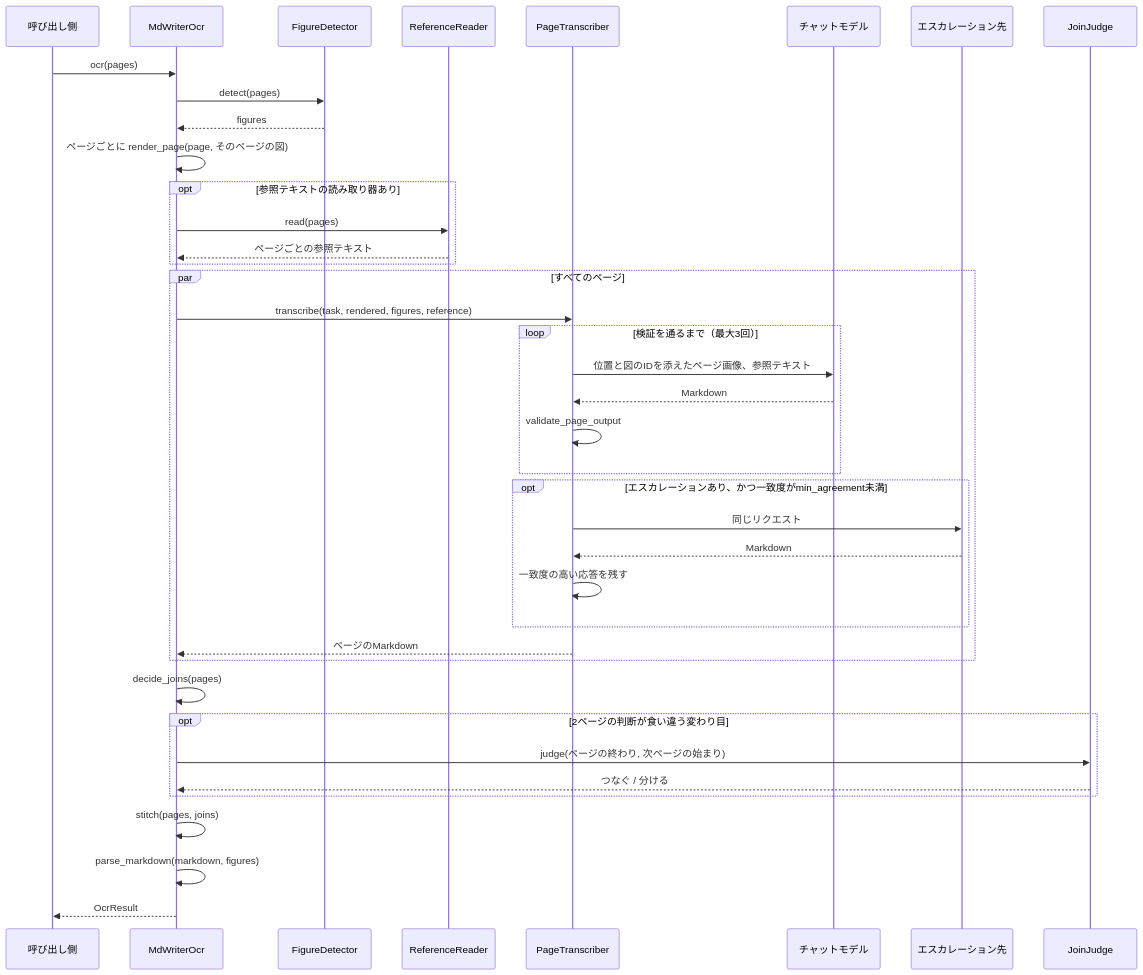
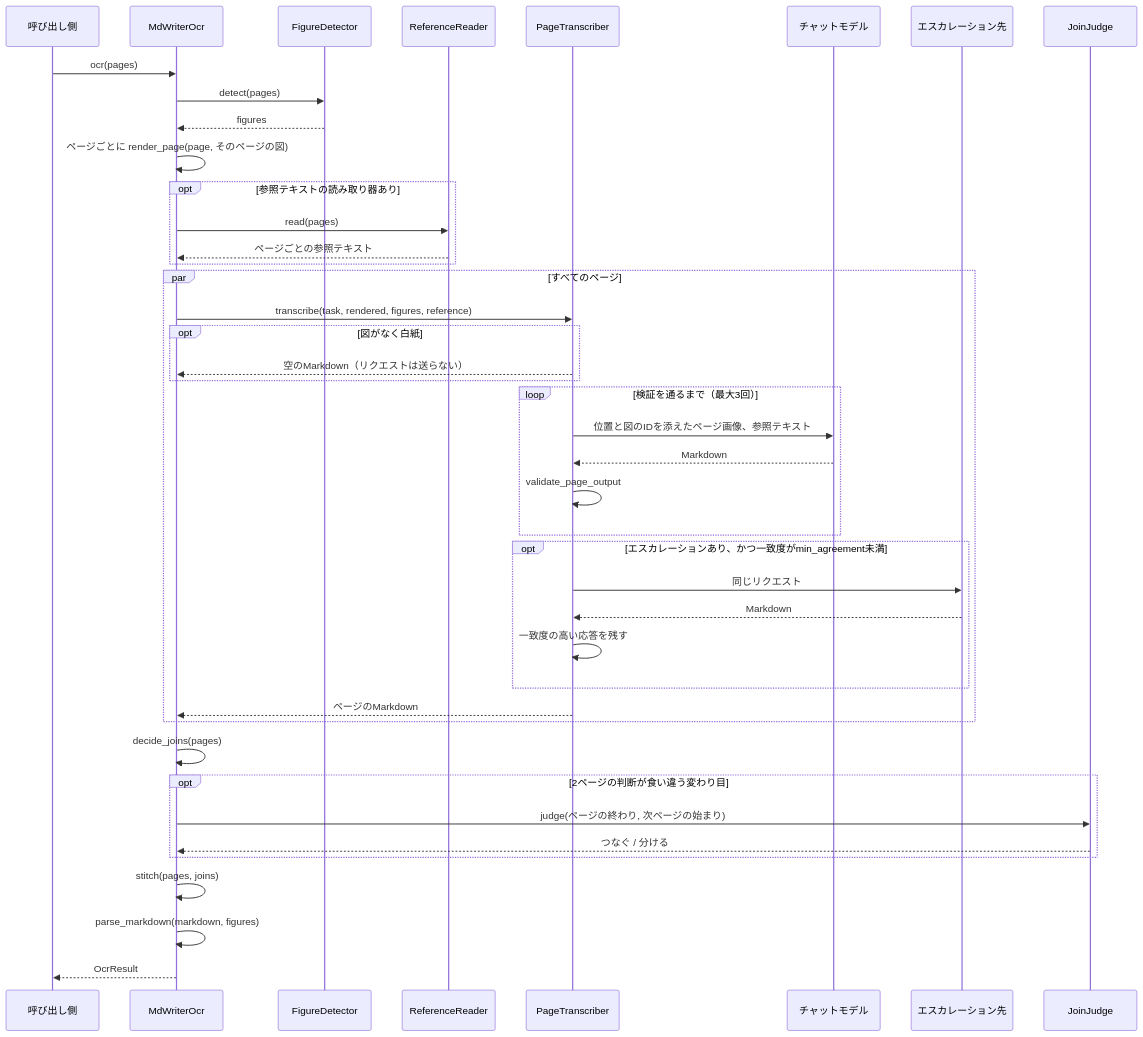
The third of 3 diagrams in Uploader/OcrModule/MdWriter/Docs/MdWriterOcr.ja.md (konbraphat51/SuperSuat), drawn with Mermaid before and after one commit. The commit also changed other lines of this file and 3 other files, not shown here.

````diff
--- a/Uploader/OcrModule/MdWriter/Docs/MdWriterOcr.ja.md
+++ b/Uploader/OcrModule/MdWriter/Docs/MdWriterOcr.ja.md
@@ -203,41 +224,44 @@
 ```mermaid
 sequenceDiagram
     participant Caller as 呼び出し側
     participant L as MdWriterOcr
     participant D as FigureDetector
     participant X as ReferenceReader
     participant T as PageTranscriber
     participant M as チャットモデル
     participant E as エスカレーション先
     participant J as JoinJudge
     Caller->>L: ocr(pages)
     L->>D: detect(pages)
     D-->>L: figures
     L->>L: ページごとに render_page(page, そのページの図)
     opt 参照テキストの読み取り器あり
         L->>X: read(pages)
         X-->>L: ページごとの参照テキスト
     end
     par すべてのページ
         L->>T: transcribe(task, rendered, figures, reference)
+        opt 図がなく白紙
+            T-->>L: 空のMarkdown（リクエストは送らない）
+        end
         loop 検証を通るまで（最大3回）
             T->>M: 位置と図のIDを添えたページ画像、参照テキスト
             M-->>T: Markdown
             T->>T: validate_page_output
         end
         opt エスカレーションあり、かつ一致度がmin_agreement未満
             T->>E: 同じリクエスト
             E-->>T: Markdown
             T->>T: 一致度の高い応答を残す
         end
         T-->>L: ページのMarkdown
     end
     L->>L: decide_joins(pages)
     opt 2ページの判断が食い違う変わり目
         L->>J: judge(ページの終わり, 次ページの始まり)
         J-->>L: つなぐ / 分ける
     end
     L->>L: stitch(pages, joins)
     L->>L: parse_markdown(markdown, figures)
     L-->>Caller: OcrResult
 ```
````
